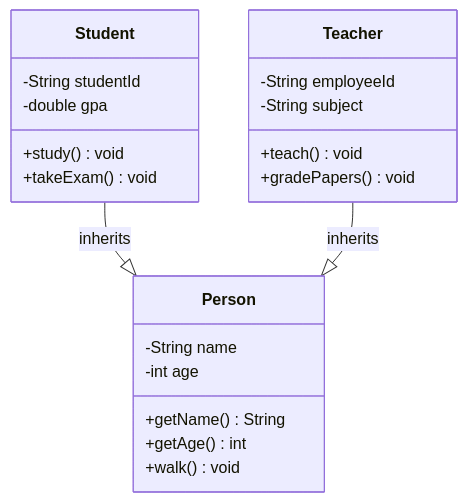
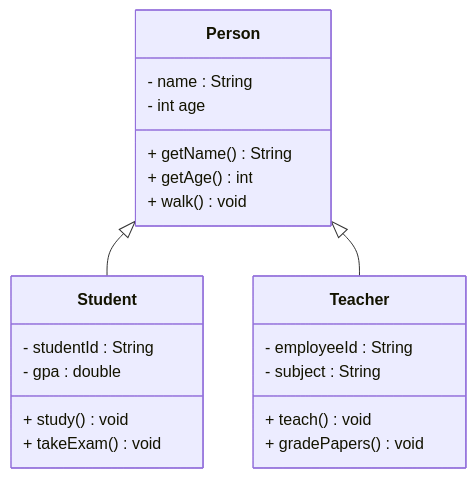
Before and after one commit to TroelsMortensen/Codelabs2: the first of 4 diagrams in Articles/Session 13 - Inheritance/004 UML.md, drawn with Mermaid. The commit also changed other lines of this file and 14 other files, not shown here.

````diff
--- a/Articles/Session 13 - Inheritance/004 UML.md
+++ b/Articles/Session 13 - Inheritance/004 UML.md
@@ -17,27 +17,27 @@
 ```mermaid
 classDiagram
     class Person {
-        -String name
-        -int age
-        +getName() String
-        +getAge() int
-        +walk() void
+        - name : String
+        - int age
+        + getName() String
+        + getAge() int
+        + walk() void
     }
     
     class Student {
-        -String studentId
-        -double gpa
-        +study() void
-        +takeExam() void
+        - studentId : String
+        - gpa : double
+        + study() void
+        + takeExam() void
     }
     
     class Teacher {
-        -String employeeId
-        -String subject
-        +teach() void
-        +gradePapers() void
+        - employeeId : String
+        - subject : String
+        + teach() void
+        + gradePapers() void
     }
     
-    Student --|> Person : inherits
-    Teacher --|> Person : inherits
+    Person <|-- Student    
+    Person <|-- Teacher
 ```
````
